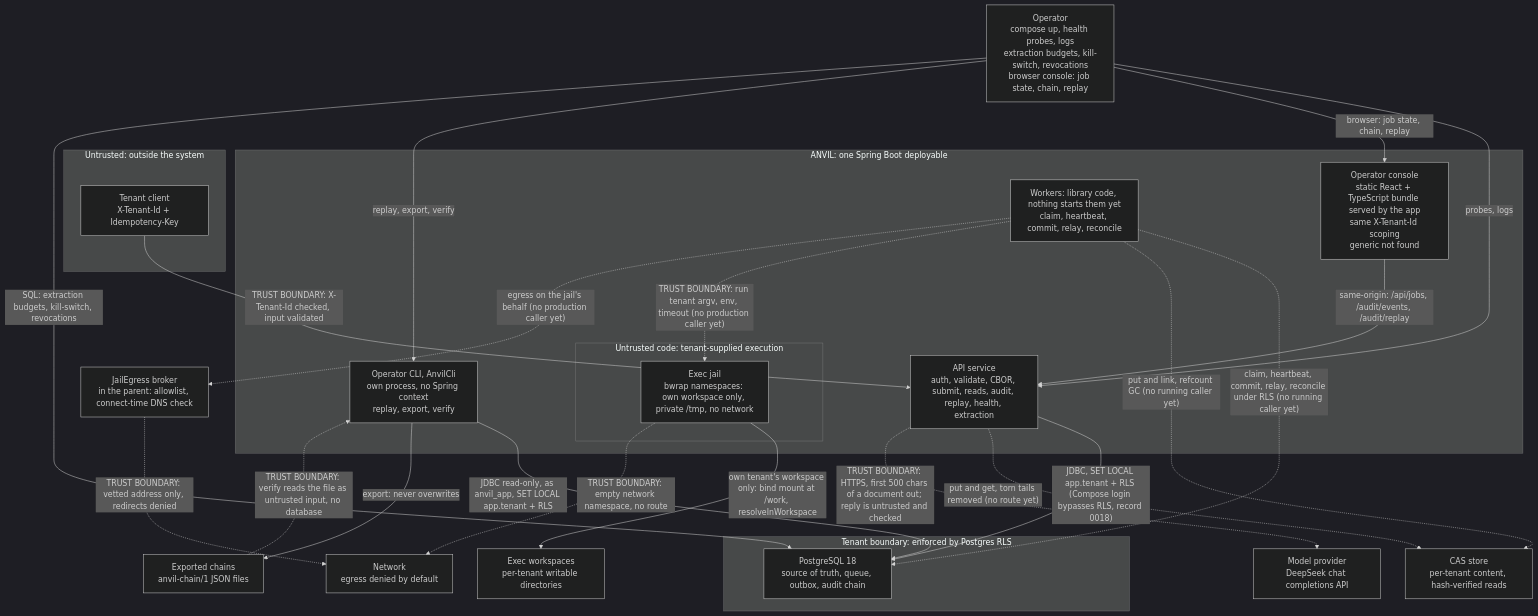
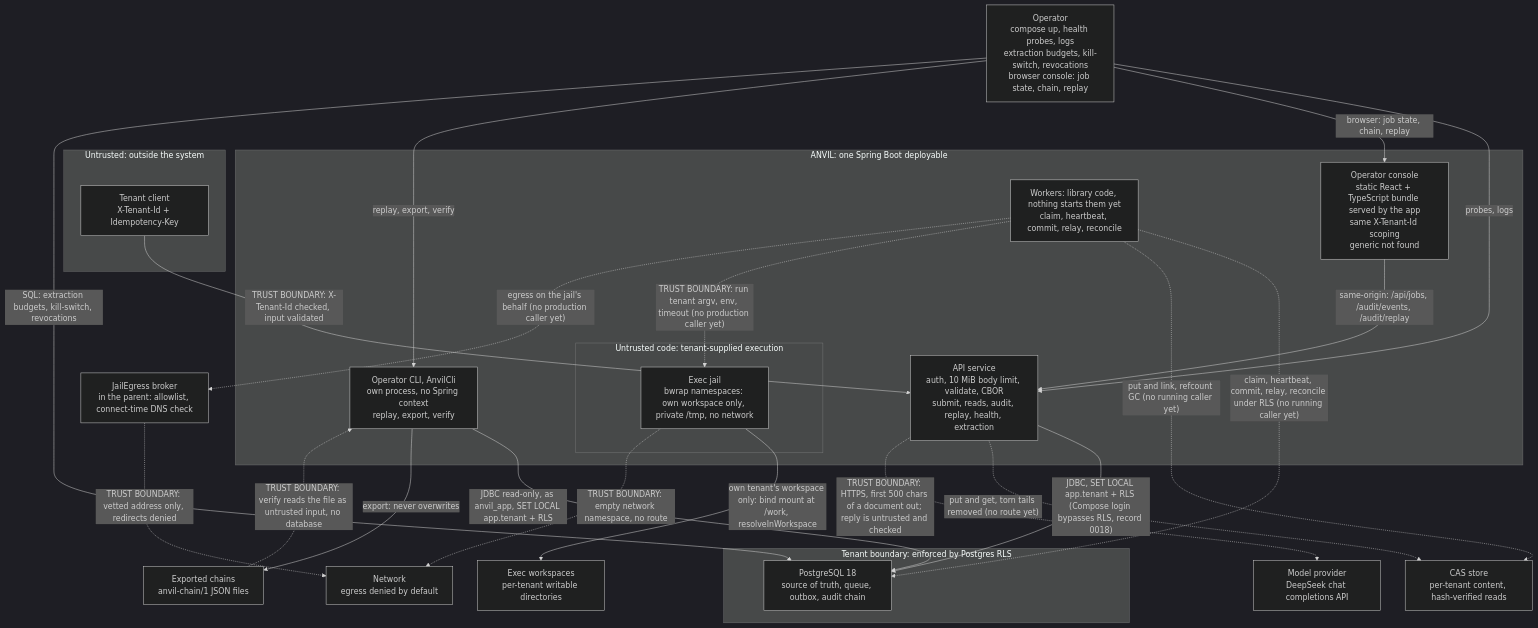
Before and after one commit to G1DO/anvil: the diagram in docs/architecture/containers.mmd, drawn with Mermaid (dark theme). The commit also changed 12 other files, not shown here.

```diff
--- a/docs/architecture/containers.mmd
+++ b/docs/architecture/containers.mmd
@@ -1,42 +1,42 @@
 flowchart TB
     subgraph untrusted["Untrusted: outside the system"]
         tenantClient["Tenant client<br/>X-Tenant-Id + Idempotency-Key"]
     end
     operator["Operator<br/>compose up, health probes, logs<br/>extraction budgets, kill-switch, revocations<br/>browser console: job state, chain, replay"]
     subgraph anvil["ANVIL: one Spring Boot deployable"]
-        api["API service<br/>auth, validate, CBOR, submit, reads, audit, replay, health, extraction"]
+        api["API service<br/>auth, 10 MiB body limit, validate, CBOR<br/>submit, reads, audit, replay, health, extraction"]
         console["Operator console<br/>static React + TypeScript bundle served by the app<br/>same X-Tenant-Id scoping<br/>generic not found"]
         workers["Workers: library code, nothing starts them yet<br/>claim, heartbeat, commit, relay, reconcile"]
         cli["Operator CLI, AnvilCli<br/>own process, no Spring context<br/>replay, export, verify"]
         subgraph jailZone["Untrusted code: tenant-supplied execution"]
             jail["Exec jail<br/>bwrap namespaces: own workspace only, private /tmp, no network"]
         end
     end
     subgraph tenantData["Tenant boundary: enforced by Postgres RLS"]
         postgres["PostgreSQL 18<br/>source of truth, queue, outbox, audit chain"]
     end
     casStore["CAS store<br/>per-tenant content, hash-verified reads"]
     execWorkspaces["Exec workspaces<br/>per-tenant writable directories"]
     network["Network<br/>egress denied by default"]
     llm["Model provider<br/>DeepSeek chat completions API"]
     exports["Exported chains<br/>anvil-chain/1 JSON files"]
     broker["JailEgress broker<br/>in the parent: allowlist, connect-time DNS check"]
     tenantClient -->|"TRUST BOUNDARY: X-Tenant-Id checked, input validated"| api
     operator -->|probes, logs| api
     operator -->|"browser: job state, chain, replay"| console
     console -->|"same-origin: /api/jobs, /audit/events, /audit/replay"| api
     operator -->|"replay, export, verify"| cli
     cli -->|"JDBC read-only, as anvil_app, SET LOCAL app.tenant + RLS"| postgres
     cli -->|"export: never overwrites"| exports
     exports -.->|"TRUST BOUNDARY: verify reads the file as untrusted input, no database"| cli
     operator -->|"SQL: extraction budgets, kill-switch, revocations"| postgres
     api -->|"JDBC, SET LOCAL app.tenant + RLS (Compose login bypasses RLS, record 0018)"| postgres
     workers -.->|"claim, heartbeat, commit, relay, reconcile under RLS (no running caller yet)"| postgres
     api -.->|"put and get, torn tails removed (no route yet)"| casStore
     api -.->|"TRUST BOUNDARY: HTTPS, first 500 chars of a document out; reply is untrusted and checked"| llm
     workers -.->|"put and link, refcount GC (no running caller yet)"| casStore
     workers -.->|"TRUST BOUNDARY: run tenant argv, env, timeout (no production caller yet)"| jail
     jail -->|"own tenant's workspace only: bind mount at /work, resolveInWorkspace"| execWorkspaces
     jail -.->|"TRUST BOUNDARY: empty network namespace, no route"| network
     workers -.->|"egress on the jail's behalf (no production caller yet)"| broker
     broker -.->|"TRUST BOUNDARY: vetted address only, redirects denied"| network
```
